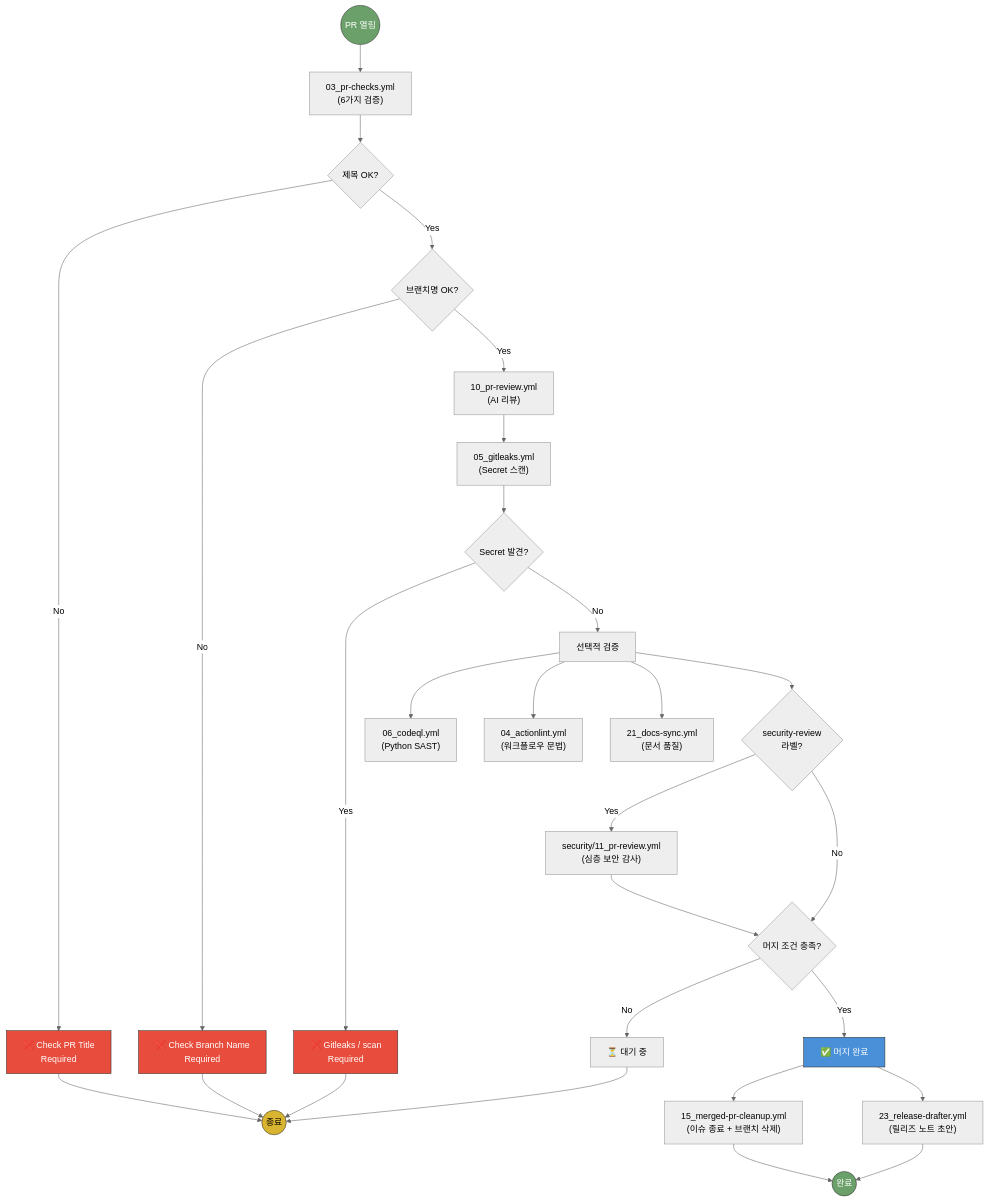
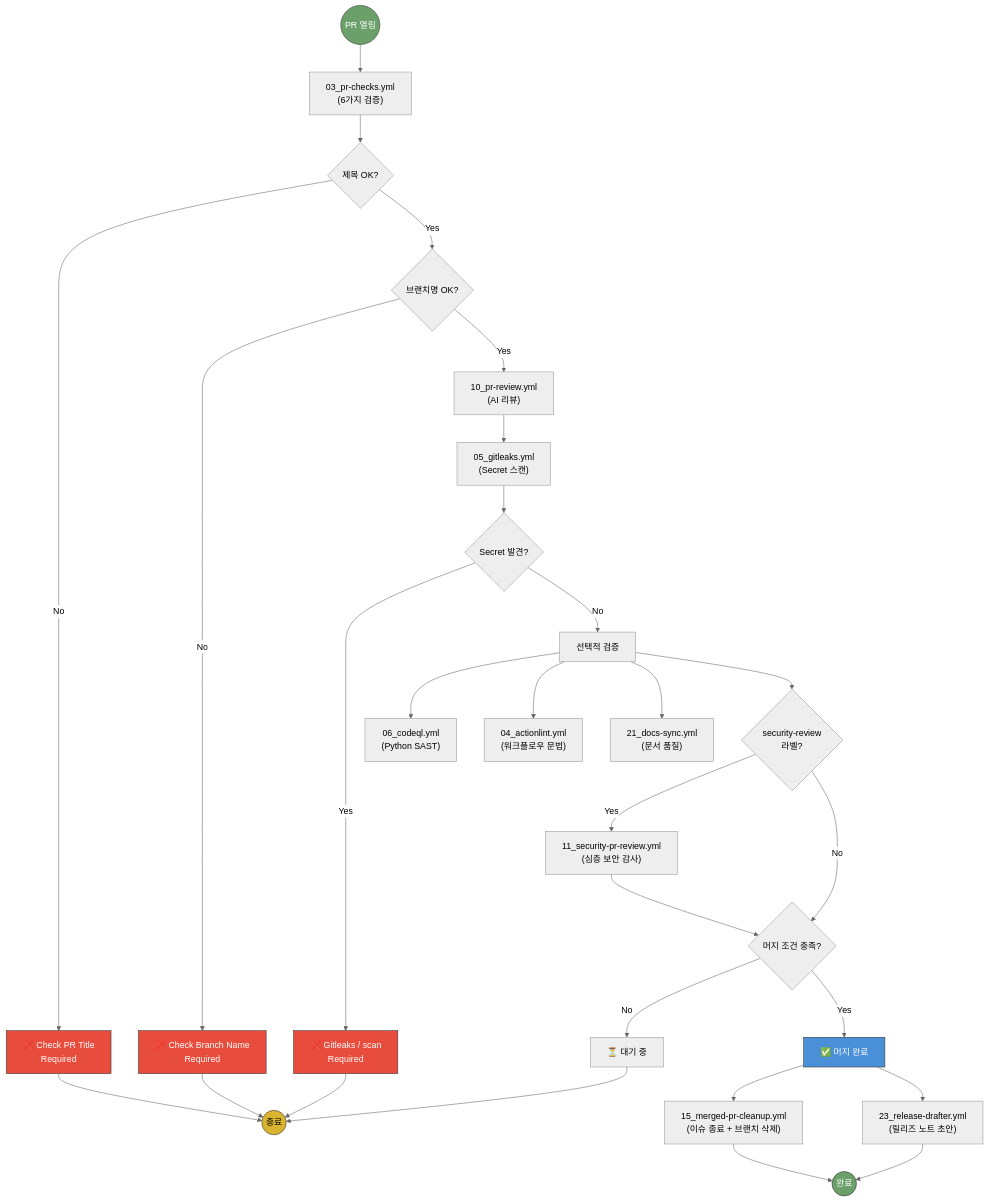
The second of 10 diagrams in docs/architecture.md (jclee941/.github), drawn with Mermaid (neutral theme) before and after one commit. The commit also changed other lines of this file and 11 other files, not shown here.

````diff
--- a/docs/architecture.md
+++ b/docs/architecture.md
@@ -60,46 +60,46 @@
 ```mermaid
 flowchart TD
     START(("PR 열림")) --> CHECKS["03_pr-checks.yml<br/>(6가지 검증)"]
     
     CHECKS --> TITLE{제목 OK?}
     TITLE -->|No| FAIL1["❌ Check PR Title<br/>Required"]
     TITLE -->|Yes| BRANCH{브랜치명 OK?}
     
     BRANCH -->|No| FAIL2["❌ Check Branch Name<br/>Required"]
     BRANCH -->|Yes| REVIEW["10_pr-review.yml<br/>(AI 리뷰)"]
     
     REVIEW --> GITLEAKS["05_gitleaks.yml<br/>(Secret 스캔)"]
     GITLEAKS --> SECRET{Secret 발견?}
     SECRET -->|Yes| FAIL3["❌ Gitleaks / scan<br/>Required"]
     SECRET -->|No| OPTIONAL["선택적 검증"]
     
     OPTIONAL --> CODEQL["06_codeql.yml<br/>(Python SAST)"]
     OPTIONAL --> ACTIONLINT["04_actionlint.yml<br/>(워크플로우 문법)"]
     OPTIONAL --> DOCS["21_docs-sync.yml<br/>(문서 품질)"]
     
     OPTIONAL --> SECURITY{"security-review<br/>라벨?"}
-    SECURITY -->|Yes| DEEP["security/11_pr-review.yml<br/>(심층 보안 감사)"]
+    SECURITY -->|Yes| DEEP["11_security-pr-review.yml<br/>(심층 보안 감사)"]
     SECURITY -->|No| MERGE_CHECK
     
     DEEP --> MERGE_CHECK{머지 조건 충족?}
     MERGE_CHECK -->|No| WAIT["⏳ 대기 중"]
     MERGE_CHECK -->|Yes| MERGED["✅ 머지 완료"]
     
     MERGED --> CLEANUP["15_merged-pr-cleanup.yml<br/>(이슈 종료 + 브랜치 삭제)"]
     MERGED --> RELEASE["23_release-drafter.yml<br/>(릴리즈 노트 초안)"]
     
     FAIL1 --> END1(("종료"))
     FAIL2 --> END1
     FAIL3 --> END1
     WAIT --> END1
     CLEANUP --> END2(("완료"))
     RELEASE --> END2
     
     style START fill:#6ba06a,stroke:#333,color:#fff
     style END1 fill:#d9b430,stroke:#333,color:#000
     style END2 fill:#6ba06a,stroke:#333,color:#fff
     style FAIL1 fill:#e74c3c,stroke:#333,color:#fff
     style FAIL2 fill:#e74c3c,stroke:#333,color:#fff
     style FAIL3 fill:#e74c3c,stroke:#333,color:#fff
     style MERGED fill:#4a90d9,stroke:#333,color:#fff
 ```
````
